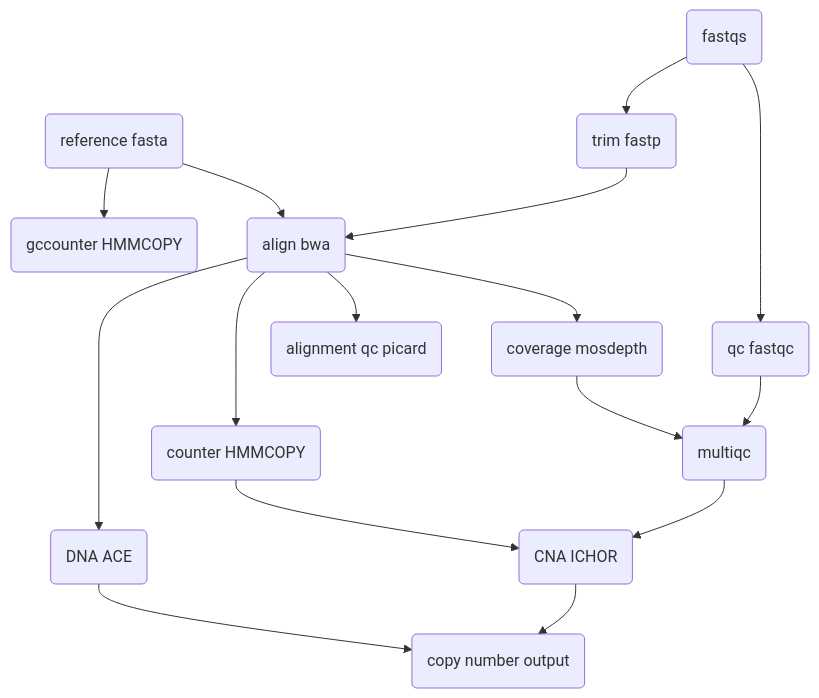
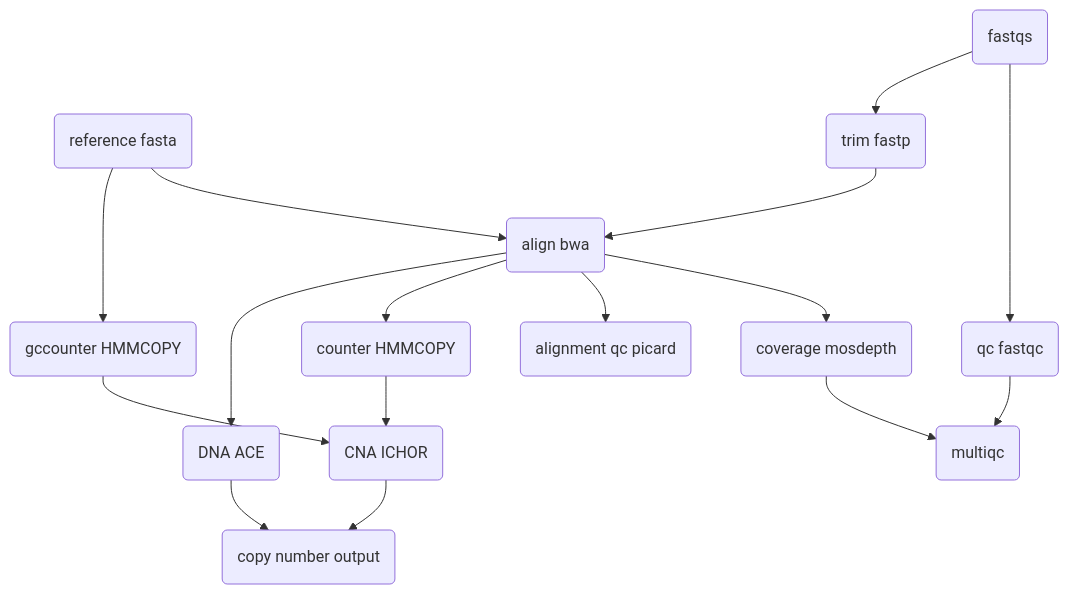
The diagram in README.md (chelauk/lp-wgs), drawn with Mermaid before and after one commit.

````diff
--- a/README.md
+++ b/README.md
@@ -33,20 +33,20 @@
 ```mermaid
 flowchart TD
 step1(reference fasta)
 step2(fastqs)
 step2-->step3(qc fastqc)
 step2-->step4(trim fastp)
 step1-->step5(align bwa)
 step4-->step5(align bwa)
 step5-->step6(coverage mosdepth)
 step5-->step7(alignment qc picard)
 step1-->step13(gccounter HMMCOPY)
 step5-->step8(counter HMMCOPY)
-step12-->step9(CNA ICHOR)
+step13-->step9(CNA ICHOR)
 step8-->step9(CNA ICHOR)
 step5-->step10(DNA ACE)
 step10-->step11(copy number output)
 step9-->step11(copy number output)
 step3-->step12(multiqc)
 step6-->step12(multiqc)
 ```
````
